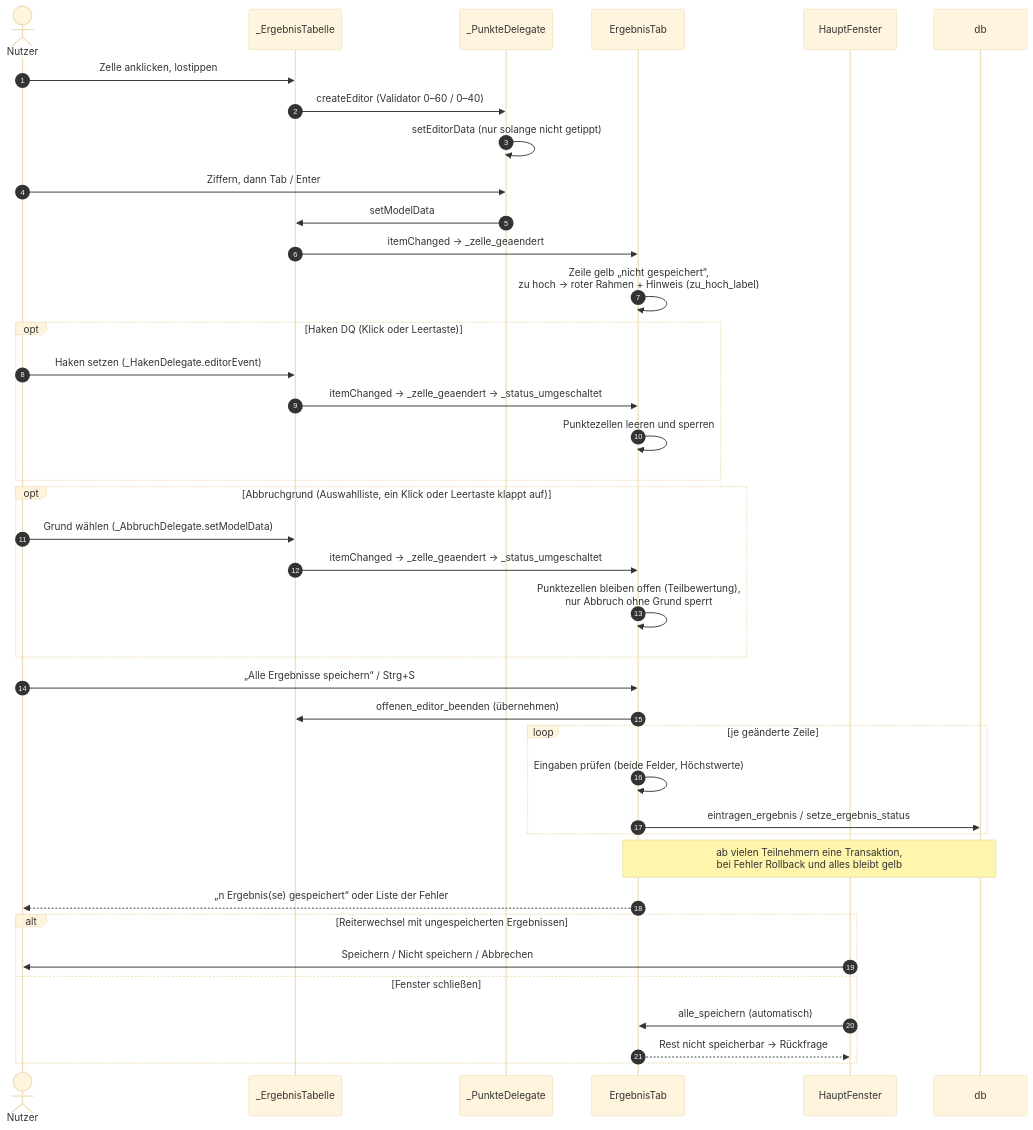
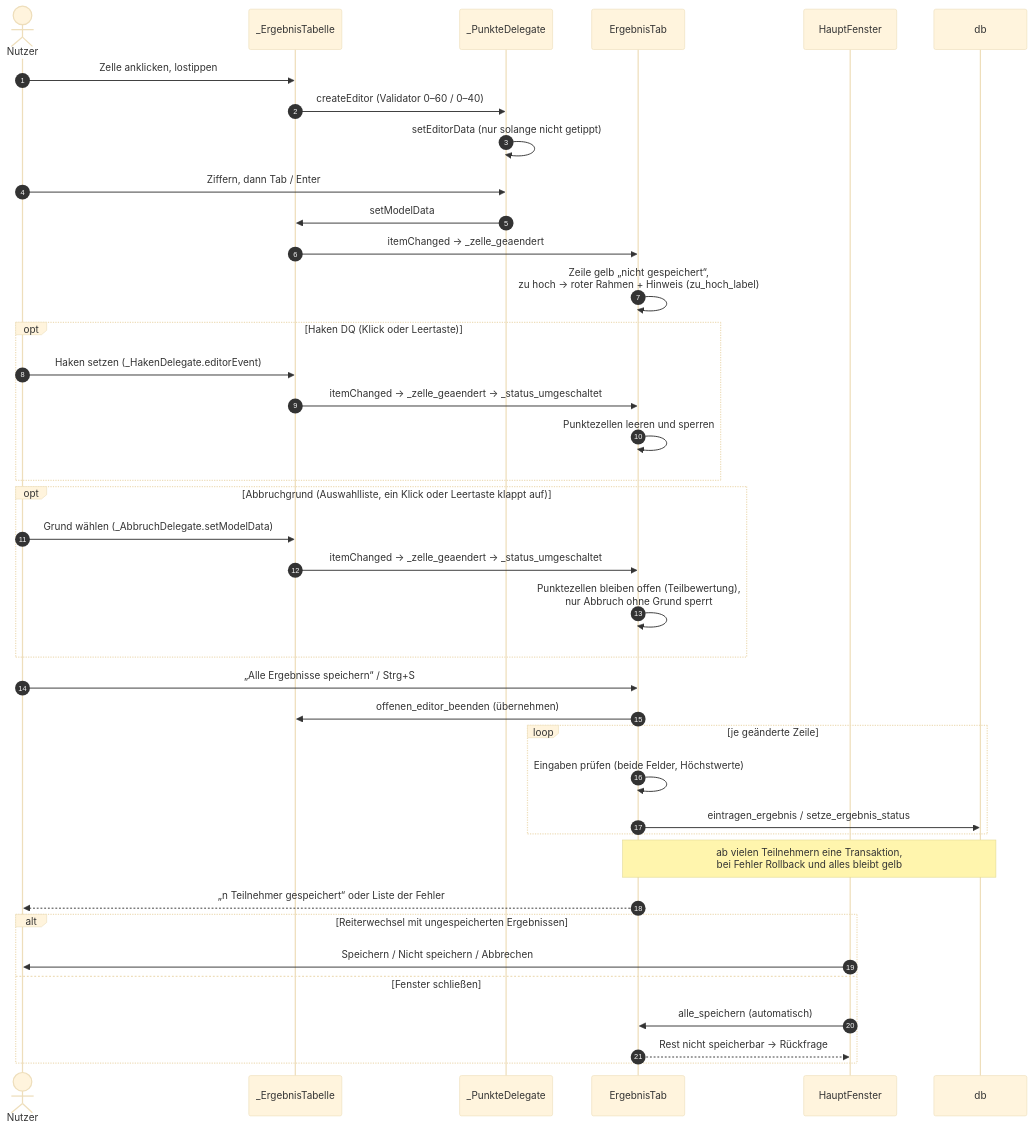
Before and after one commit to mbruver-source/SHS: the eighth of 13 diagrams in UML.md, drawn with Mermaid (base theme). The commit also changed 7 other files, not shown here.

````diff
--- a/UML.md
+++ b/UML.md
@@ -431,43 +431,43 @@
 ```mermaid
 sequenceDiagram
     autonumber
     actor N as Nutzer
     participant TB as _ErgebnisTabelle
     participant DG as _PunkteDelegate
     participant E as ErgebnisTab
     participant H as HauptFenster
     participant D as db
 
     N->>TB: Zelle anklicken, lostippen
     TB->>DG: createEditor (Validator 0–60 / 0–40)
     DG->>DG: setEditorData (nur solange nicht getippt)
     N->>DG: Ziffern, dann Tab / Enter
     DG->>TB: setModelData
     TB->>E: itemChanged → _zelle_geaendert
     E->>E: Zeile gelb „nicht gespeichert“,<br/>zu hoch → roter Rahmen + Hinweis (zu_hoch_label)
     opt Haken DQ (Klick oder Leertaste)
         N->>TB: Haken setzen (_HakenDelegate.editorEvent)
         TB->>E: itemChanged → _zelle_geaendert → _status_umgeschaltet
         E->>E: Punktezellen leeren und sperren
     end
     opt Abbruchgrund (Auswahlliste, ein Klick oder Leertaste klappt auf)
         N->>TB: Grund wählen (_AbbruchDelegate.setModelData)
         TB->>E: itemChanged → _zelle_geaendert → _status_umgeschaltet
         E->>E: Punktezellen bleiben offen (Teilbewertung),<br/>nur Abbruch ohne Grund sperrt
     end
     N->>E: „Alle Ergebnisse speichern“ / Strg+S
     E->>TB: offenen_editor_beenden (übernehmen)
     loop je geänderte Zeile
         E->>E: Eingaben prüfen (beide Felder, Höchstwerte)
         E->>D: eintragen_ergebnis / setze_ergebnis_status
     end
     Note over E,D: ab vielen Teilnehmern eine Transaktion,<br/>bei Fehler Rollback und alles bleibt gelb
-    E-->>N: „n Ergebnis(se) gespeichert“ oder Liste der Fehler
+    E-->>N: „n Teilnehmer gespeichert“ oder Liste der Fehler
 
     alt Reiterwechsel mit ungespeicherten Ergebnissen
         H->>N: Speichern / Nicht speichern / Abbrechen
     else Fenster schließen
         H->>E: alle_speichern (automatisch)
         E-->>H: Rest nicht speicherbar → Rückfrage
     end
 ```
````
